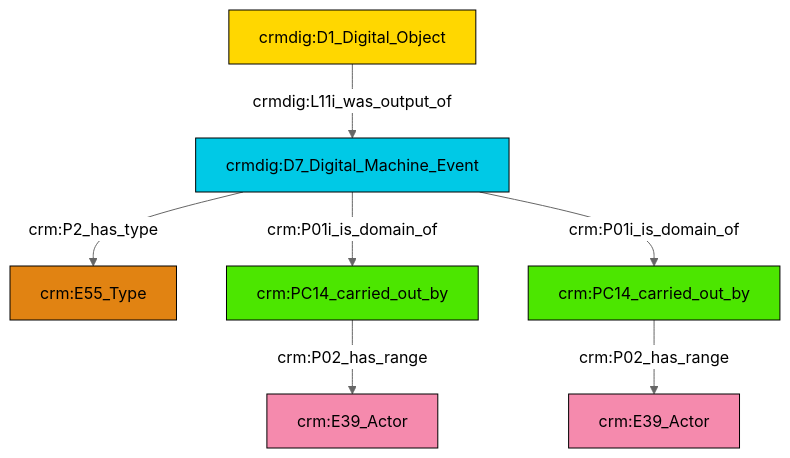
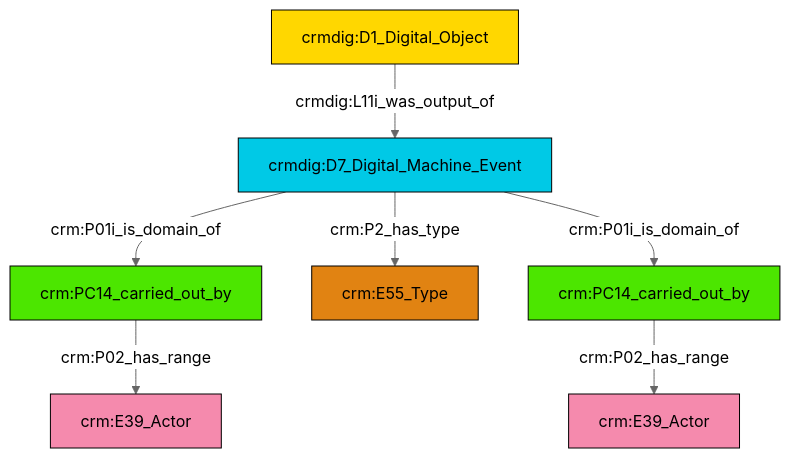
The diagram in et/doCSV/ttl/mmd/do_actor_relations.ttl.mmd (swiss-art-research-net/docs.swissartresearch), drawn with Mermaid (neutral theme) before and after one commit. The commit also changed 182 other files, not shown here.

```diff
--- a/et/doCSV/ttl/mmd/do_actor_relations.ttl.mmd
+++ b/et/doCSV/ttl/mmd/do_actor_relations.ttl.mmd
@@ -1,21 +1,21 @@
 graph TD
 classDef Literal fill:#f2f2f2,stroke:#000000;
 classDef CRM_Entity fill:#FFFFFF,stroke:#000000;
 classDef Temporal_Entity fill:#00C9E6, stroke:#000000;
 classDef Type fill:#E18312, stroke:#000000;
 classDef Time-Span fill:#2C9C91, stroke:#000000;
 classDef Appellation fill:#FFEB7F, stroke:#000000;
 classDef Place fill:#008836, stroke:#000000;
 classDef Persistent_Item fill:#B266B2, stroke:#000000;
 classDef Conceptual_Object fill:#FFD700, stroke:#000000;
 classDef Physical_Thing fill:#D2B48C, stroke:#000000;
 classDef Actor fill:#f58aad, stroke:#000000;
 classDef PC_Classes fill:#4ce600, stroke:#000000;
 classDef Multi fill:#cccccc,stroke:#000000;
 
-6["crm:PC14_carried_out_by"]:::PC_Classes -->|crm:P02_has_range| 0["crm:E39_Actor"]:::Actor
-9["crmdig:D7_Digital_Machine_Event"]:::Temporal_Entity -->|crm:P01i_is_domain_of| 6["crm:PC14_carried_out_by"]:::PC_Classes
-9["crmdig:D7_Digital_Machine_Event"]:::Temporal_Entity -->|crm:P2_has_type| 4["crm:E55_Type"]:::Type
-2["crmdig:D1_Digital_Object"]:::Conceptual_Object -->|crmdig:L11i_was_output_of| 9["crmdig:D7_Digital_Machine_Event"]:::Temporal_Entity
-12["crm:PC14_carried_out_by"]:::PC_Classes -->|crm:P02_has_range| 7["crm:E39_Actor"]:::Actor
-9["crmdig:D7_Digital_Machine_Event"]:::Temporal_Entity -->|crm:P01i_is_domain_of| 12["crm:PC14_carried_out_by"]:::PC_Classes
+4["crmdig:D7_Digital_Machine_Event"]:::Temporal_Entity -->|crm:P2_has_type| 2["crm:E55_Type"]:::Type
+4["crmdig:D7_Digital_Machine_Event"]:::Temporal_Entity -->|crm:P01i_is_domain_of| 0["crm:PC14_carried_out_by"]:::PC_Classes
+0["crm:PC14_carried_out_by"]:::PC_Classes -->|crm:P02_has_range| 5["crm:E39_Actor"]:::Actor
+4["crmdig:D7_Digital_Machine_Event"]:::Temporal_Entity -->|crm:P01i_is_domain_of| 8["crm:PC14_carried_out_by"]:::PC_Classes
+6["crmdig:D1_Digital_Object"]:::Conceptual_Object -->|crmdig:L11i_was_output_of| 4["crmdig:D7_Digital_Machine_Event"]:::Temporal_Entity
+8["crm:PC14_carried_out_by"]:::PC_Classes -->|crm:P02_has_range| 9["crm:E39_Actor"]:::Actor
```
